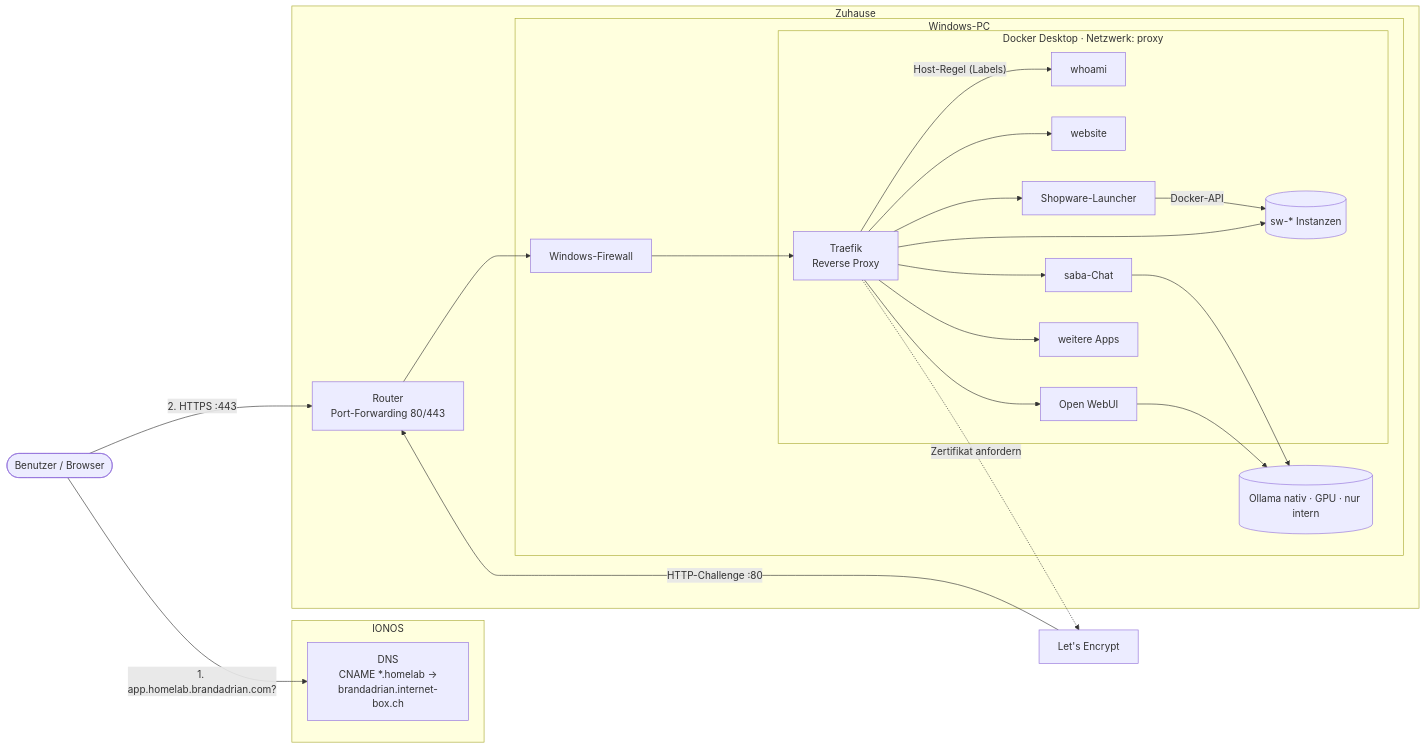
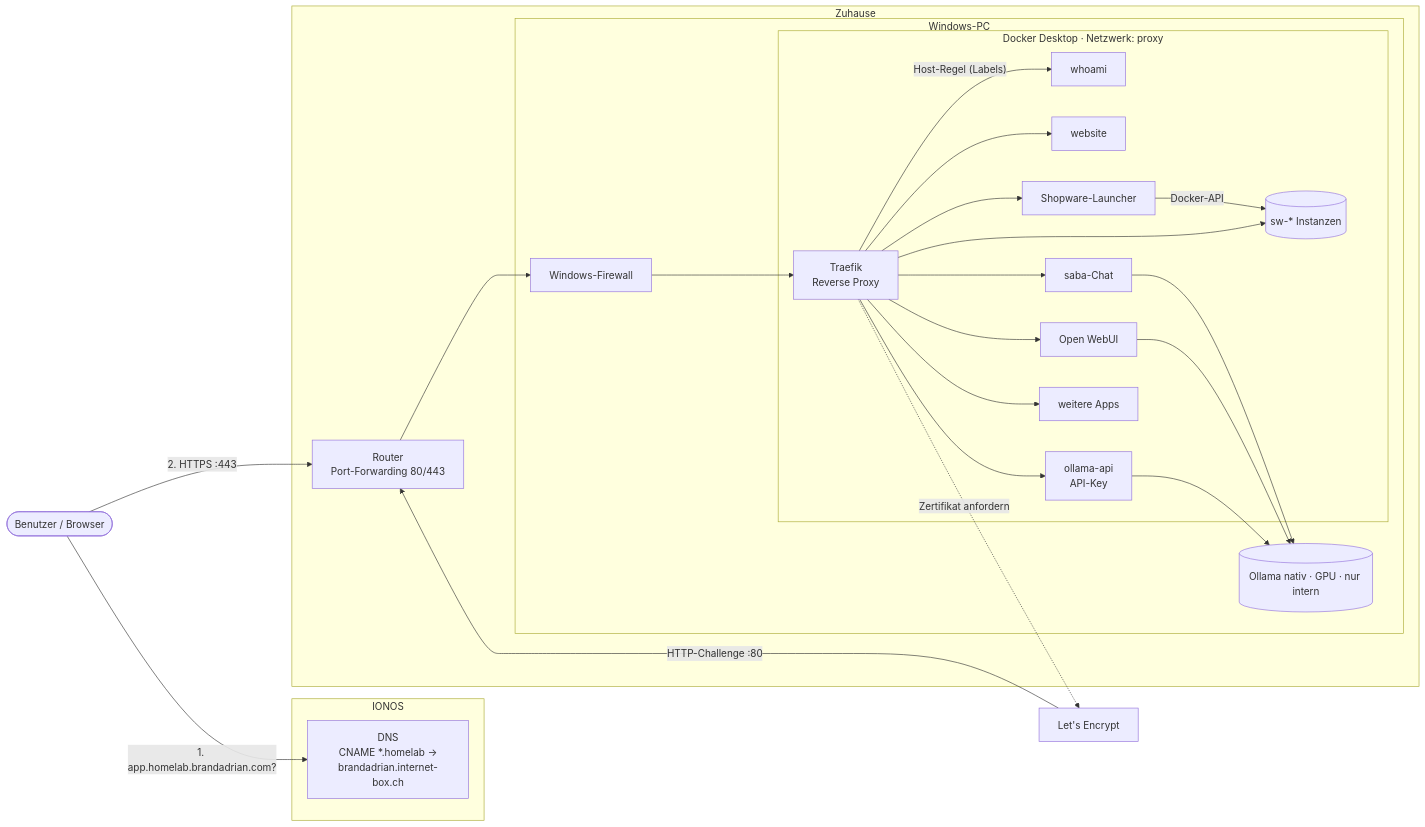
One commit to brandadrian/oryn-gateway changed the diagram in README.md. Above: the diagram before and after it, drawn with Mermaid. The commit also changed other lines of this file and 3 other files, not shown here.

Commit message:
feat: Ollama api

````diff
--- a/README.md
+++ b/README.md
@@ -15,43 +15,46 @@
 ```mermaid
 flowchart LR
     user([Benutzer / Browser])
     le[Let's Encrypt]
 
     subgraph ionos[IONOS]
         dns["DNS<br/>CNAME *.homelab →<br/>brandadrian.internet-box.ch"]
     end
 
     subgraph home[Zuhause]
         router["Router<br/>Port-Forwarding 80/443"]
         subgraph pc[Windows-PC]
             fw[Windows-Firewall]
             ollama[(Ollama nativ · GPU · nur intern)]
             subgraph docker["Docker Desktop · Netzwerk: proxy"]
                 traefik[Traefik<br/>Reverse Proxy]
                 whoami[whoami]
                 website[website]
                 saba[saba-Chat]
                 owui[Open WebUI]
+                oapi[ollama-api<br/>API-Key]
                 swl[Shopware-Launcher]
                 sw[(sw-* Instanzen)]
                 app[weitere Apps]
             end
         end
     end
 
     user -- "1. app.homelab.brandadrian.com?" --> dns
     user -- "2. HTTPS :443" --> router
     router --> fw --> traefik
     traefik -- "Host-Regel (Labels)" --> whoami
     traefik --> website
     traefik --> saba
     saba --> ollama
     traefik --> owui
     owui --> ollama
+    traefik --> oapi
+    oapi --> ollama
     traefik --> swl
     swl -- "Docker-API" --> sw
     traefik --> sw
     traefik --> app
     le -- "HTTP-Challenge :80" --> router
     traefik -. "Zertifikat anfordern" .-> le
 ```
````
